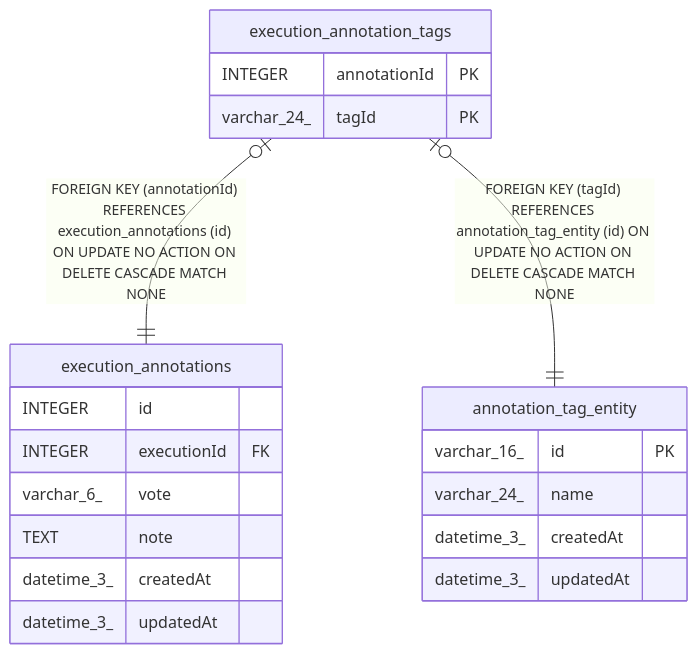
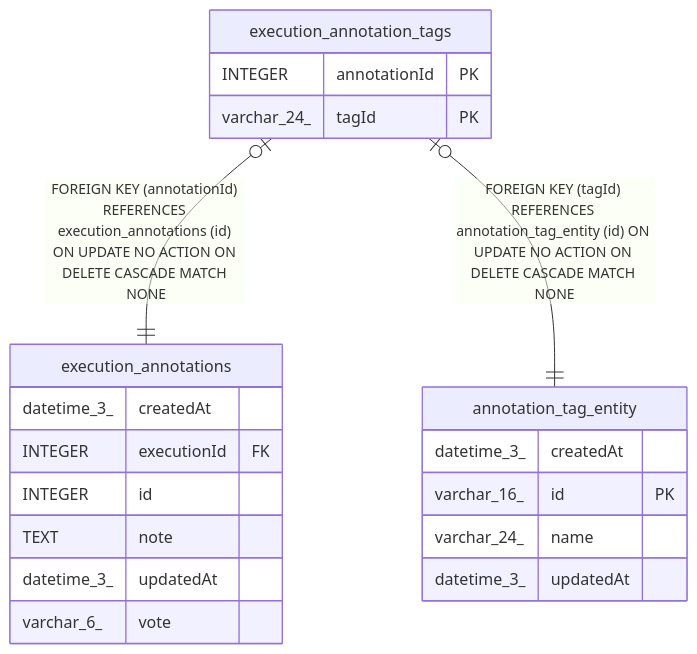
The diagram in docs/generated/sqlite-schema/execution_annotation_tags.md (mayankjain1815-commits/n8n), drawn with Mermaid before and after one commit. The commit also changed other lines of this file and 221 other files, not shown here.

Commit message:
chore(core): Make DB schema docs generation deterministic (#32373)

````diff
--- a/docs/generated/sqlite-schema/execution_annotation_tags.md
+++ b/docs/generated/sqlite-schema/execution_annotation_tags.md
@@ -41,25 +41,25 @@
 ```mermaid
 erDiagram
 
 "execution_annotation_tags" |o--|| "execution_annotations" : "FOREIGN KEY (annotationId) REFERENCES execution_annotations (id) ON UPDATE NO ACTION ON DELETE CASCADE MATCH NONE"
 "execution_annotation_tags" |o--|| "annotation_tag_entity" : "FOREIGN KEY (tagId) REFERENCES annotation_tag_entity (id) ON UPDATE NO ACTION ON DELETE CASCADE MATCH NONE"
 
 "execution_annotation_tags" {
   INTEGER annotationId PK
   varchar_24_ tagId PK
 }
 "execution_annotations" {
+  datetime_3_ createdAt
+  INTEGER executionId FK
   INTEGER id
-  INTEGER executionId FK
+  TEXT note
+  datetime_3_ updatedAt
   varchar_6_ vote
-  TEXT note
-  datetime_3_ createdAt
-  datetime_3_ updatedAt
 }
 "annotation_tag_entity" {
+  datetime_3_ createdAt
   varchar_16_ id PK
   varchar_24_ name
-  datetime_3_ createdAt
   datetime_3_ updatedAt
 }
 ```
````
